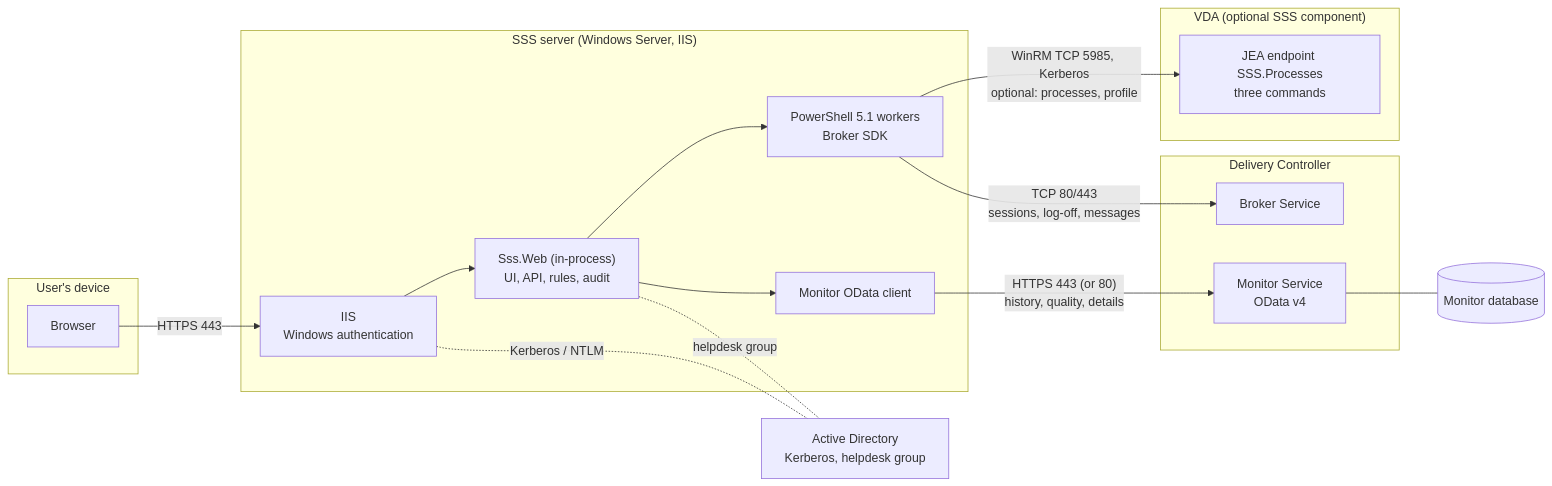
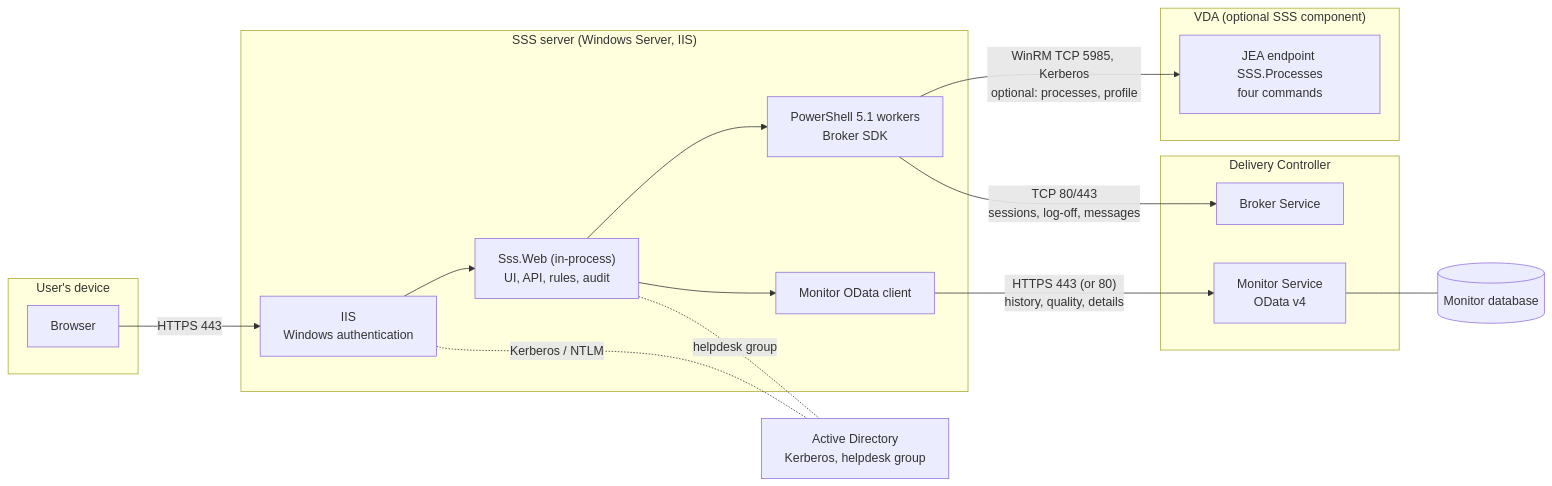
The first of 3 diagrams in docs/ARCHITECTURE.md (ITCMA/SSS), drawn with Mermaid before and after one commit. The commit also changed 51 other files, not shown here.

First line of the commit message:
Environment tab with charts, Director-like expert view data, JEA policies (0.4.2)

````diff
--- a/docs/ARCHITECTURE.md
+++ b/docs/ARCHITECTURE.md
@@ -9,31 +9,31 @@
 ```mermaid
 flowchart LR
   subgraph CL["User's device"]
     B["Browser"]
   end
   subgraph SSS["SSS server (Windows Server, IIS)"]
     IIS["IIS<br/>Windows authentication"]
     APP["Sss.Web (in-process)<br/>UI, API, rules, audit"]
     BW["PowerShell 5.1 workers<br/>Broker SDK"]
     MC["Monitor OData client"]
   end
   subgraph DDC["Delivery Controller"]
     BRK["Broker Service"]
     MON["Monitor Service<br/>OData v4"]
   end
   DB[("Monitor database")]
   subgraph VDA["VDA (optional SSS component)"]
-    JEA["JEA endpoint SSS.Processes<br/>three commands"]
+    JEA["JEA endpoint SSS.Processes<br/>four commands"]
   end
   AD["Active Directory<br/>Kerberos, helpdesk group"]
 
   B -- "HTTPS 443" --> IIS --> APP
   APP --> BW
   APP --> MC
   BW -- "TCP 80/443<br/>sessions, log-off, messages" --> BRK
   MC -- "HTTPS 443 (or 80)<br/>history, quality, details" --> MON
   MON --- DB
   BW -- "WinRM TCP 5985, Kerberos<br/>optional: processes, profile" --> JEA
   IIS -. "Kerberos / NTLM" .- AD
   APP -. "helpdesk group" .- AD
 ```
````
